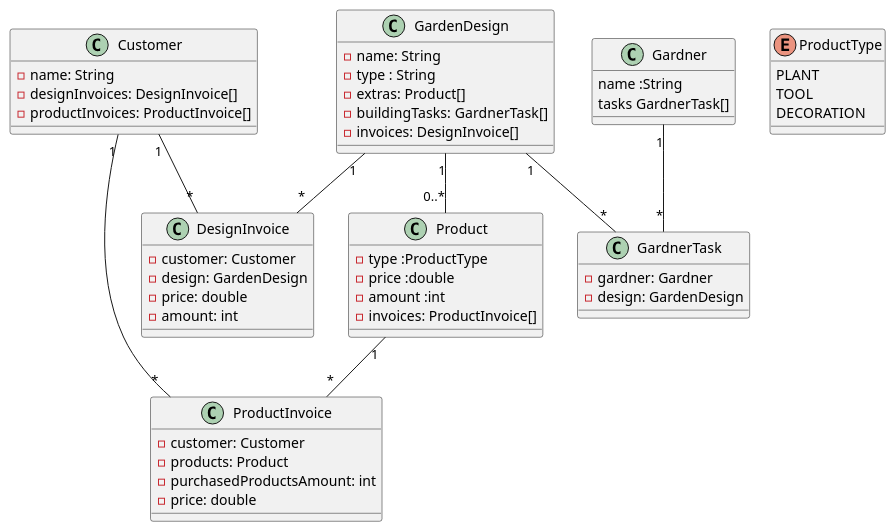
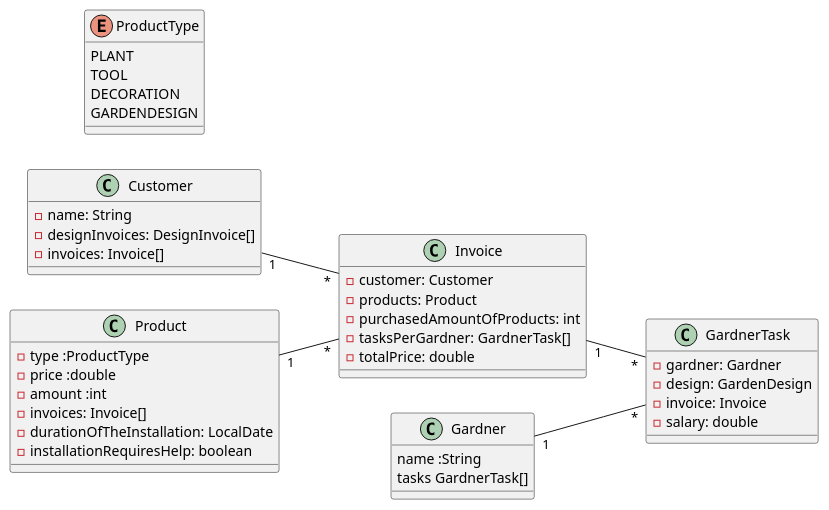
Before and after one commit to 2223-4bhitm-sew/01-microproject-Abdulrahman-AL-Sabagh: the diagram in asciidocs/plantuml/cld.puml, drawn with PlantUML.

Commit message:
CLD updated

```diff
--- a/asciidocs/plantuml/cld.puml
+++ b/asciidocs/plantuml/cld.puml
@@ -1,65 +1,54 @@
 @startuml
-
+left to right direction
 class Customer {
     - name: String
     - designInvoices: DesignInvoice[]
-    - productInvoices: ProductInvoice[]
+    - invoices: Invoice[]
 }
-class GardenDesign {
 
-  - name: String
-  - type : String
-  - extras: Product[]
-  - buildingTasks: GardnerTask[]
-  - invoices: DesignInvoice[]
-
-
-}
 class Gardner {
     name :String
     tasks GardnerTask[]
 
 }
 class Product {
 
  - type :ProductType
  - price :double
  - amount :int
- - invoices: ProductInvoice[]
+ - invoices: Invoice[]
+ - durationOfTheInstallation: LocalDate
+ - installationRequiresHelp: boolean
 
 }
 
 
 enum ProductType {
     PLANT
     TOOL
     DECORATION
+    GARDENDESIGN
 }
 
 class GardnerTask {
     - gardner: Gardner
     - design: GardenDesign
+    - invoice: Invoice
+    - salary: double
 }
-class ProductInvoice  {
+class Invoice  {
     - customer: Customer
     - products: Product
-    - purchasedProductsAmount: int
-    - price: double
-}
-class DesignInvoice {
-    - customer: Customer
-    - design: GardenDesign
-    - price: double
-    - amount: int
+    - purchasedAmountOfProducts: int
+    - tasksPerGardner: GardnerTask[]
+    - totalPrice: double
 
 }
 
-Customer "1" -- "*"  DesignInvoice
-GardenDesign "1" -- "*" DesignInvoice
+
+Invoice "1" -- "*" GardnerTask
 Gardner "1" -- "*" GardnerTask
-GardenDesign "1" -- "*" GardnerTask
-Customer "1" -- "*" ProductInvoice
-Product "1" -- "*" ProductInvoice
-GardenDesign "1" -- "0..*" Product
+Customer "1" -- "*" Invoice
+Product "1" -- "*" Invoice
 
 @enduml
```
